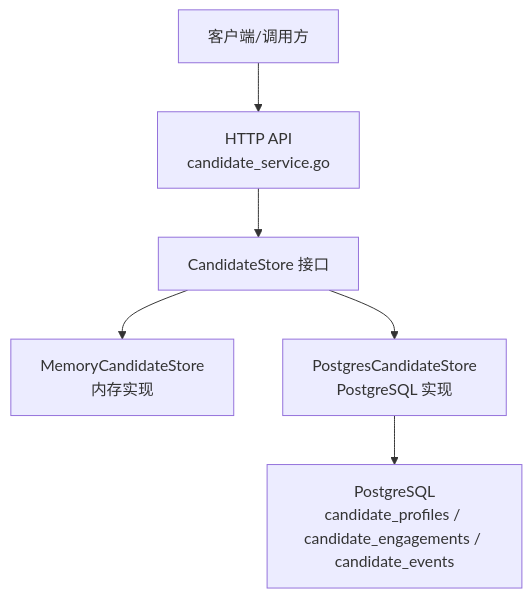
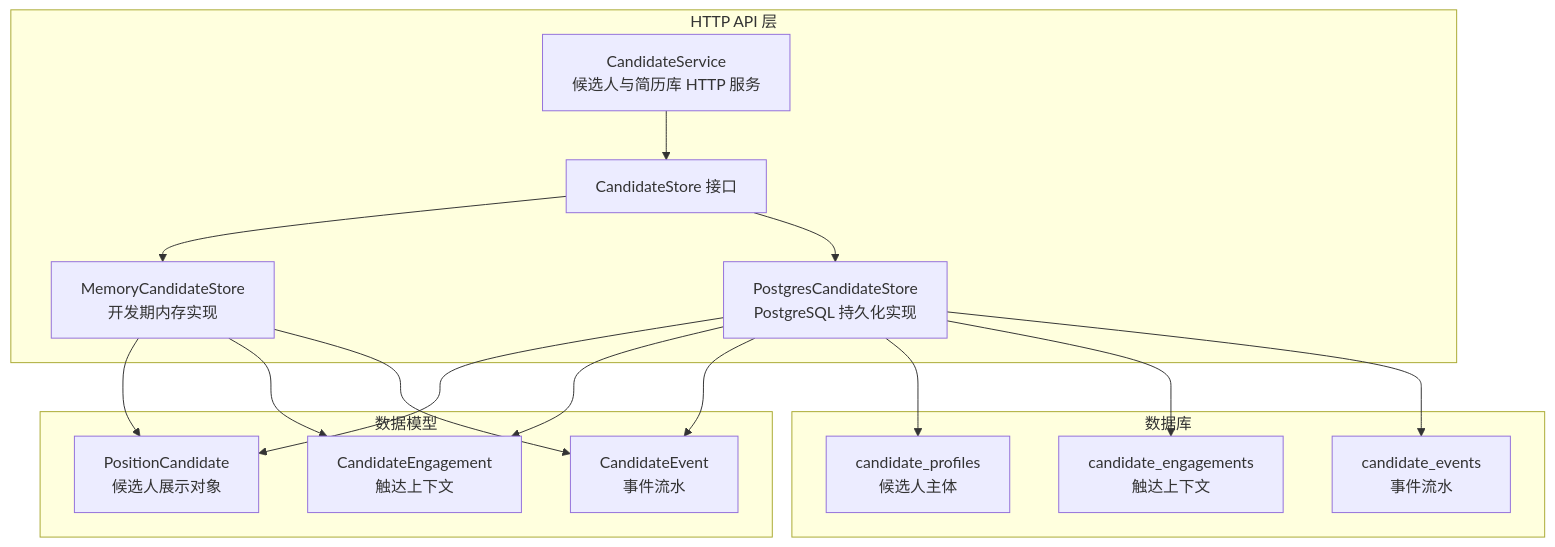
Before and after one commit to alvinwangzi/goodhr: the first of 8 diagrams in .qoder/repowiki/zh/content/云端后端服务/候选人处理系统/候选人数据摄入/候选人数据存储处理.md, drawn with Mermaid. The commit also changed other lines of this file and 149 other files, not shown here.

````diff
--- a/.qoder/repowiki/zh/content/云端后端服务/候选人处理系统/候选人数据摄入/候选人数据存储处理.md
+++ b/.qoder/repowiki/zh/content/云端后端服务/候选人处理系统/候选人数据摄入/候选人数据存储处理.md
@@ -41,8 +37,31 @@
 ```mermaid
 graph TB
-Client["客户端/调用方"] --> API["HTTP API<br/>candidate_service.go"]
-API --> StoreIF["CandidateStore 接口"]
-StoreIF --> Mem["MemoryCandidateStore<br/>内存实现"]
-StoreIF --> PG["PostgresCandidateStore<br/>PostgreSQL 实现"]
-PG --> DB["PostgreSQL<br/>candidate_profiles / candidate_engagements / candidate_events"]
+subgraph "HTTP API 层"
+Service["CandidateService<br/>候选人与简历库 HTTP 服务"]
+StoreIF["CandidateStore 接口"]
+MemStore["MemoryCandidateStore<br/>开发期内存实现"]
+PGStore["PostgresCandidateStore<br/>PostgreSQL 持久化实现"]
+end
+subgraph "数据模型"
+ModelA["PositionCandidate<br/>候选人展示对象"]
+ModelB["CandidateEngagement<br/>触达上下文"]
+ModelC["CandidateEvent<br/>事件流水"]
+end
+subgraph "数据库"
+DBProfiles["candidate_profiles<br/>候选人主体"]
+DBEngagements["candidate_engagements<br/>触达上下文"]
+DBEvents["candidate_events<br/>事件流水"]
+end
+Service --> StoreIF
+StoreIF --> MemStore
+StoreIF --> PGStore
+MemStore --> ModelA
+MemStore --> ModelB
+MemStore --> ModelC
+PGStore --> ModelA
+PGStore --> ModelB
+PGStore --> ModelC
+PGStore --> DBProfiles
+PGStore --> DBEngagements
+PGStore --> DBEvents
 ```
````
